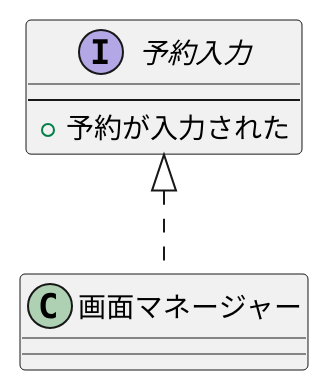
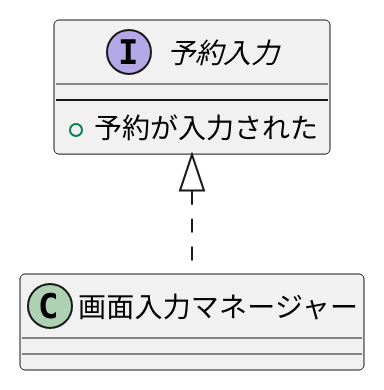
Before and after one commit to satou1024/linux: the diagram in 例題3-1_予約入力インターフェース.pu, drawn with PlantUML.

Commit message:
できててくれ

```diff
--- a/例題3-1_予約入力インターフェース.pu
+++ b/例題3-1_予約入力インターフェース.pu
@@ -1,10 +1,10 @@
 @startuml
+class 画面入力マネージャー {
+}
 interface 予約入力 {
 ' <<interface>>
 ---
 + 予約が入力された
 }
-class 画面マネージャー {
-}
-予約入力 <|.. 画面マネージャー
+予約入力 <|.. 画面入力マネージャー
 @enduml
```
